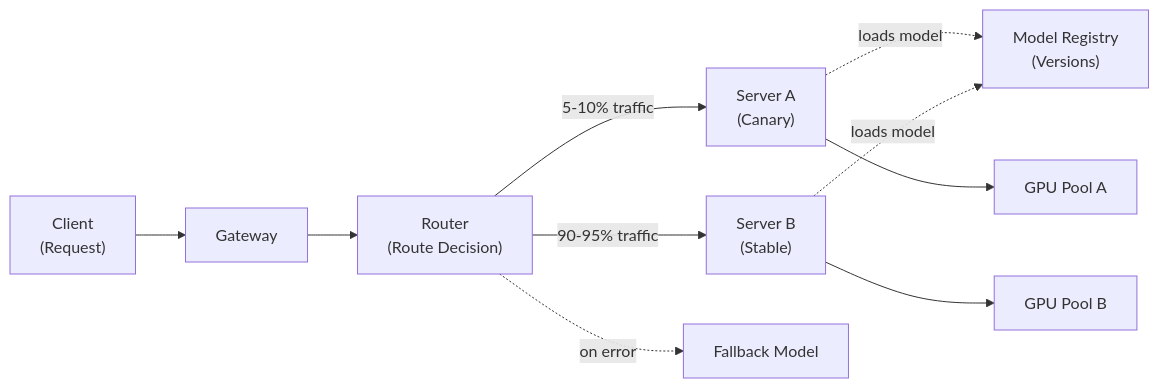
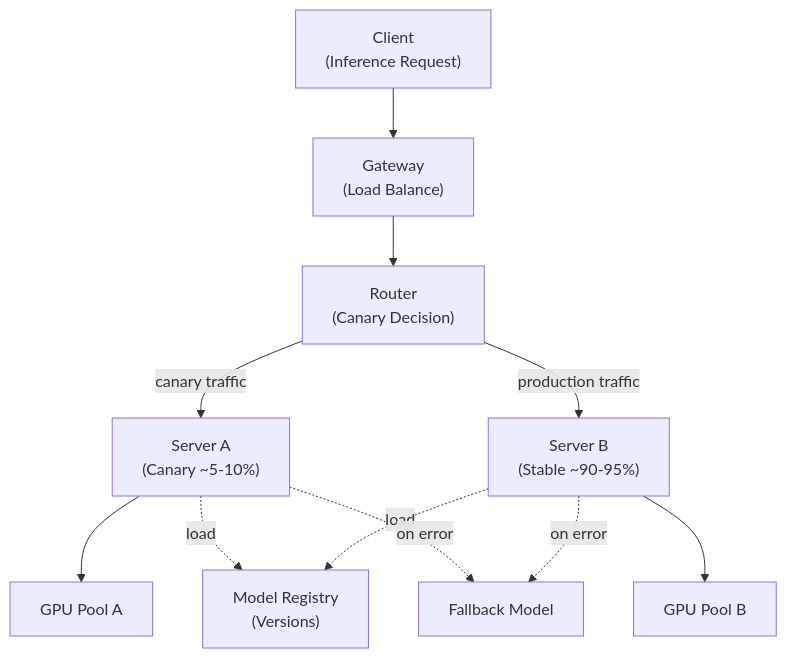
One commit to huangsam/systology changed the diagram in site/content/designs/model-serving.md. Above: the diagram before and after it, drawn with Mermaid. The commit also changed 2 other files, not shown here.

Commit message:
Adjust some mermaid diagrams to TD

```diff
--- a/site/content/designs/model-serving.md
+++ b/site/content/designs/model-serving.md
@@ -22,21 +22,22 @@
 {{< mermaid >}}
-graph LR
-  Client["Client<br/>(Request)"]
-  Gateway["Gateway"]
-  Router["Router<br/>(Route Decision)"]
-  ServerA["Server A<br/>(Canary)"]
-  ServerB["Server B<br/>(Stable)"]
-  Registry["Model Registry<br/>(Versions)"]
+graph TD
+  Client["Client<br/>(Inference Request)"]
+  Gateway["Gateway<br/>(Load Balance)"]
+  Router["Router<br/>(Canary Decision)"]
+  ServerA["Server A<br/>(Canary ~5-10%)"]
+  ServerB["Server B<br/>(Stable ~90-95%)"]
   GPUA["GPU Pool A"]
   GPUB["GPU Pool B"]
+  Registry["Model Registry<br/>(Versions)"]
   Fallback["Fallback Model"]
   Client --> Gateway
   Gateway --> Router
-  Router -->|5-10% traffic| ServerA
-  Router -->|90-95% traffic| ServerB
-  Router -.->|on error| Fallback
-  ServerA -.->|loads model| Registry
-  ServerB -.->|loads model| Registry
+  Router -->|canary traffic| ServerA
+  Router -->|production traffic| ServerB
   ServerA --> GPUA
   ServerB --> GPUB
+  ServerA -.->|load| Registry
+  ServerB -.->|load| Registry
+  ServerA -.->|on error| Fallback
+  ServerB -.->|on error| Fallback
 {{< /mermaid >}}
```
